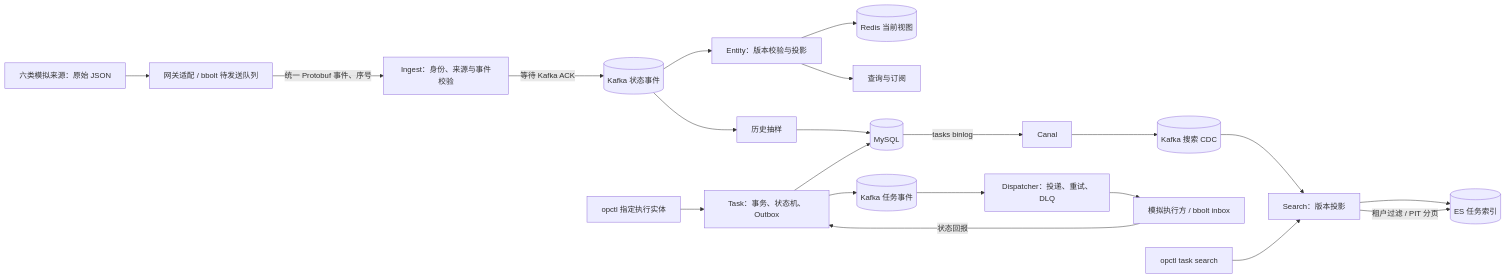
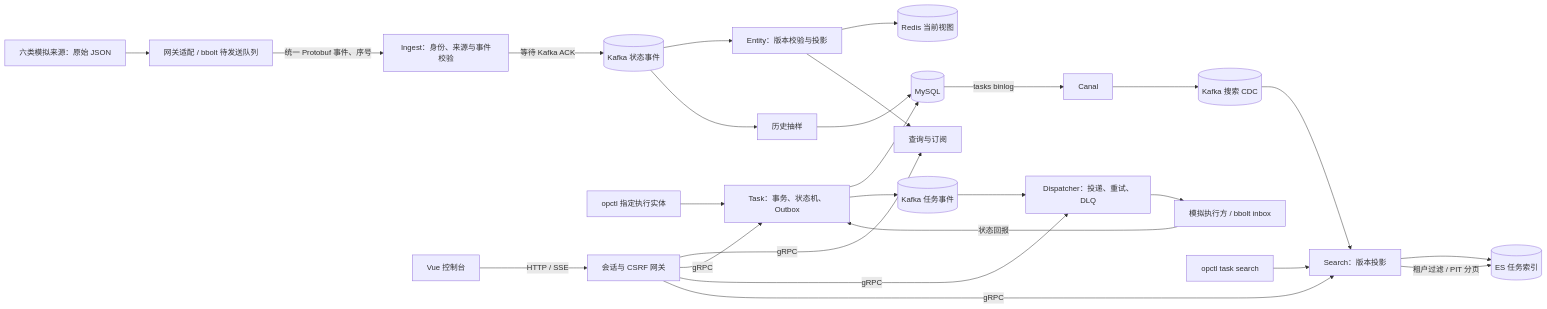
Before and after one commit to Lio6x1/meshops: the diagram in README.md, drawn with Mermaid. The commit also changed other lines of this file and 870 other files, not shown here.

````diff
--- a/README.md
+++ b/README.md
@@ -13,23 +28,28 @@
 ```mermaid
 flowchart LR
   A[六类模拟来源：原始 JSON] --> A1[网关适配 / bbolt 待发送队列]
   A1 -->|统一 Protobuf 事件、序号| B[Ingest：身份、来源与事件校验]
   B -->|等待 Kafka ACK| C[(Kafka 状态事件)]
   C --> D[Entity：版本校验与投影]
   D --> E[(Redis 当前视图)]
   D --> F[查询与订阅]
   C --> G[历史抽样]
   G --> H[(MySQL)]
   I[opctl 指定执行实体] --> J[Task：事务、状态机、Outbox]
   J --> H
   J --> K[(Kafka 任务事件)]
   K --> L[Dispatcher：投递、重试、DLQ]
   L --> M[模拟执行方 / bbolt inbox]
   M -->|状态回报| J
   H -->|tasks binlog| N[Canal]
   N --> O[(Kafka 搜索 CDC)]
   O --> P[Search：版本投影]
   P --> Q[(ES 任务索引)]
   R[opctl task search] --> P
   P -->|租户过滤 / PIT 分页| Q
+  UI[Vue 控制台] -->|HTTP / SSE| W[会话与 CSRF 网关]
+  W -->|gRPC| F
+  W -->|gRPC| J
+  W -->|gRPC| L
+  W -->|gRPC| P
 ```
````
